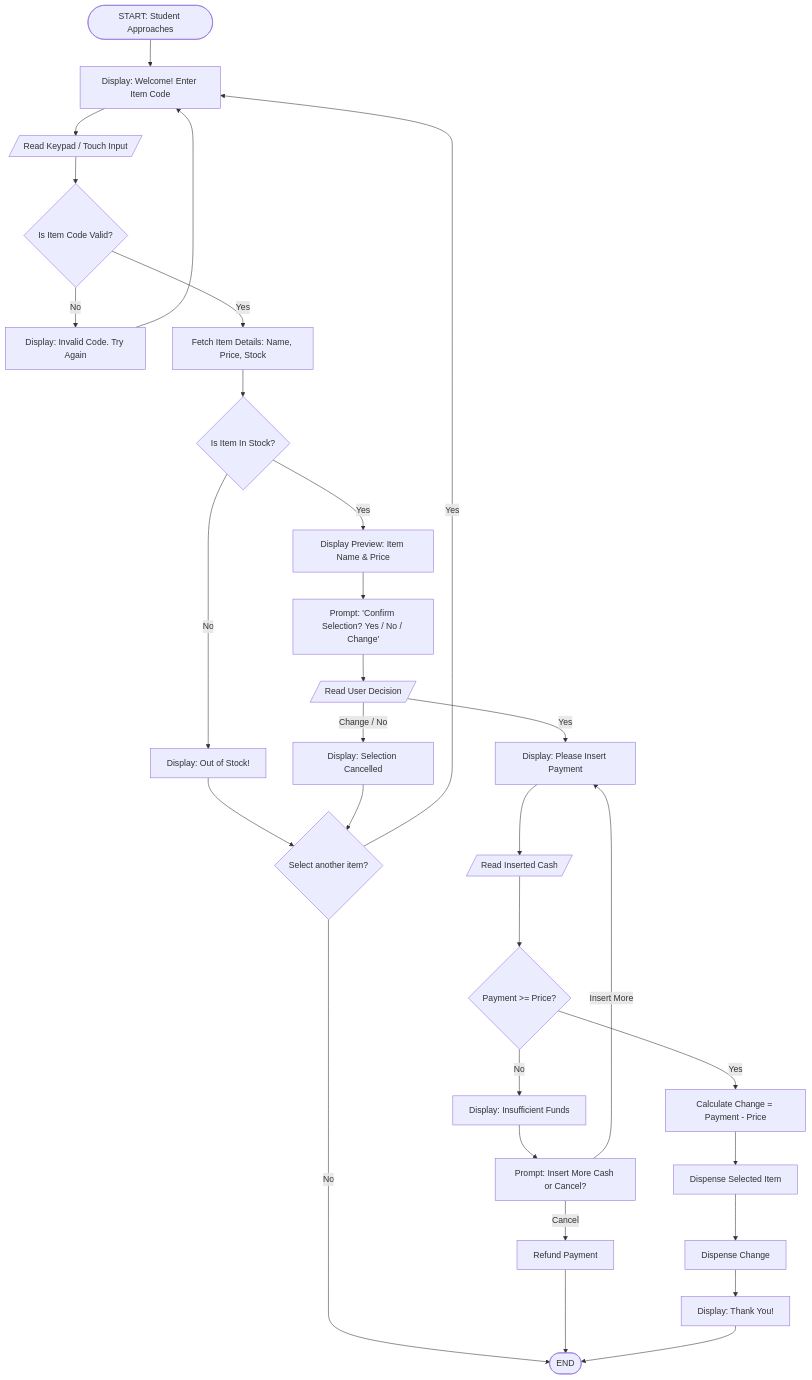
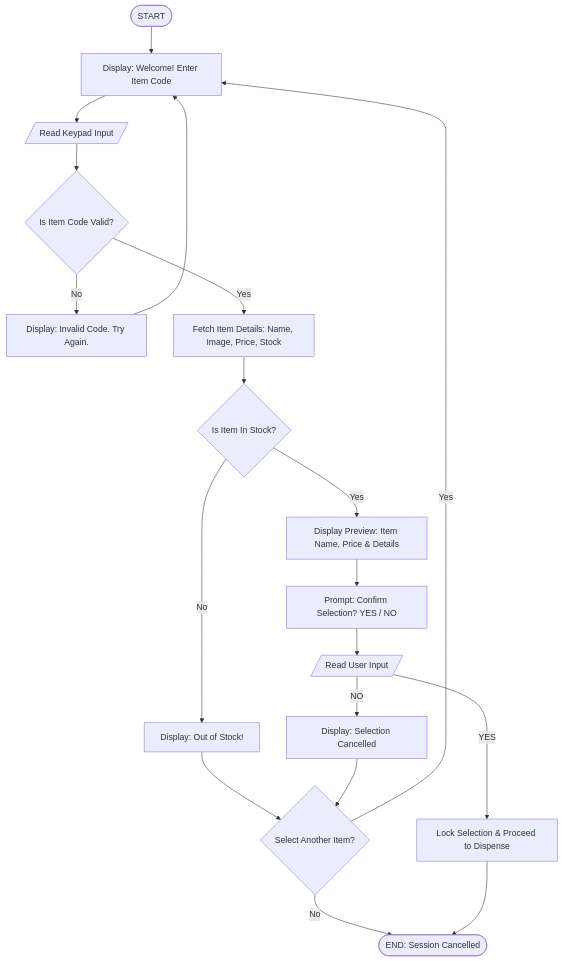
The diagram in q1/ctskillsBalinkilatCepillo.md (MeikoCepillo/CS3-Portfolio), drawn with Mermaid before and after one commit.

````diff
--- a/q1/ctskillsBalinkilatCepillo.md
+++ b/q1/ctskillsBalinkilatCepillo.md
@@ -39,39 +39,27 @@
 ```mermaid
 graph TD
-    A([START: Student Approaches]) --> B[Display: Welcome! Enter Item Code]
-    B --> C[/Read Keypad / Touch Input/]
+    A([START]) --> B[Display: Welcome! Enter Item Code]
+    B --> C[/Read Keypad Input/]
     C --> D{Is Item Code Valid?}
     
-    D -- No --> E[Display: Invalid Code. Try Again]
+    D -- No --> E[Display: Invalid Code. Try Again.]
     E --> B
     
-    D -- Yes --> F[Fetch Item Details: Name, Price, Stock]
+    D -- Yes --> F[Fetch Item Details: Name, Image, Price, Stock]
     F --> G{Is Item In Stock?}
     
     G -- No --> H[Display: Out of Stock!]
-    H --> I{Select another item?}
+    H --> I{Select Another Item?}
     I -- Yes --> B
-    I -- No --> Z([END])
+    I -- No --> Z([END: Session Cancelled])
     
-    G -- Yes --> J[Display Preview: Item Name & Price]
-    J --> K[Prompt: 'Confirm Selection? Yes / No / Change']
-    K --> L[/Read User Decision/]
+    G -- Yes --> J[Display Preview: Item Name, Price & Details]
+    J --> K[Prompt: Confirm Selection? YES / NO]
+    K --> L[/Read User Input/]
     
-    L -- Change / No --> M[Display: Selection Cancelled]
+    L -- NO --> M[Display: Selection Cancelled]
     M --> I
     
-    L -- Yes --> N[Display: Please Insert Payment]
-    N --> O[/Read Inserted Cash/]
-    O --> P{Payment >= Price?}
-    
-    P -- No --> Q[Display: Insufficient Funds]
-    Q --> R[Prompt: Insert More Cash or Cancel?]
-    R -- Insert More --> N
-    R -- Cancel --> S[Refund Payment] --> Z
-    
-    P -- Yes --> T[Calculate Change = Payment - Price]
-    T --> U[Dispense Selected Item]
-    U --> V[Dispense Change]
-    V --> W[Display: Thank You!]
-    W --> Z
+    L -- YES --> N[Lock Selection & Proceed to Dispense]
+    N --> Z
 ```
````
